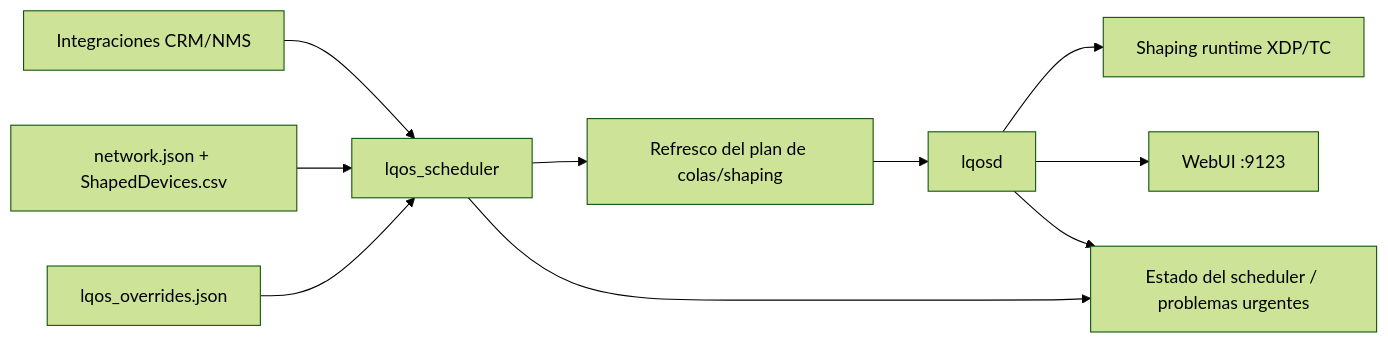
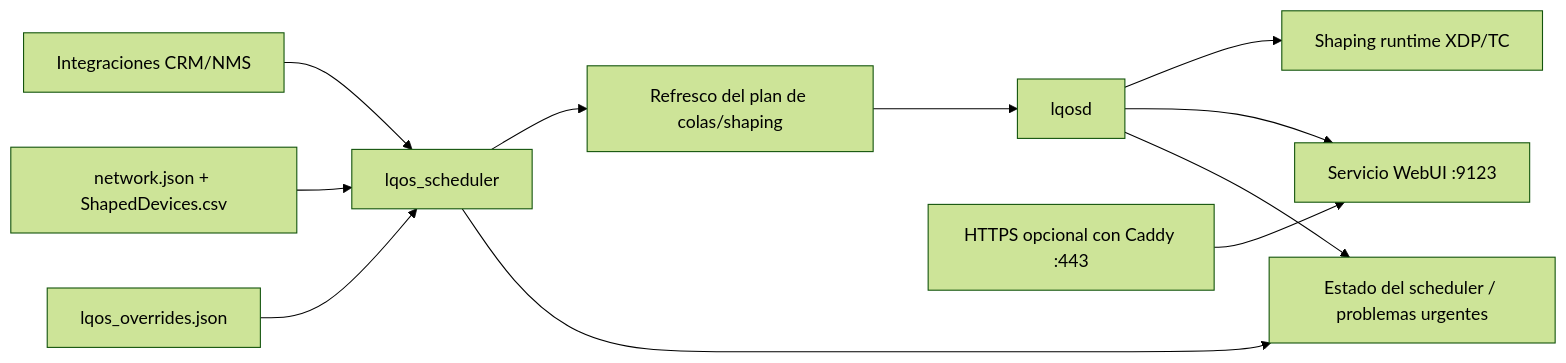
The diagram in docs-es/v2.0/components-es.md (LibreQoE/LibreQoS), drawn with Mermaid (forest theme) before and after one commit. The commit also changed other lines of this file and 41 other files, not shown here.

Commit message:
Add optional Caddy HTTPS setup

````diff
--- a/docs-es/v2.0/components-es.md
+++ b/docs-es/v2.0/components-es.md
@@ -5,12 +5,13 @@
 ```{mermaid}
 flowchart LR
     A[Integraciones CRM/NMS] --> B[lqos_scheduler]
     C[network.json + ShapedDevices.csv] --> B
     D[lqos_overrides.json] --> B
     B --> E[Refresco del plan de colas/shaping]
     E --> F[lqosd]
     F --> G[Shaping runtime XDP/TC]
-    F --> H[WebUI :9123]
+    F --> H[Servicio WebUI :9123]
+    J[HTTPS opcional con Caddy :443] --> H
     B --> I[Estado del scheduler / problemas urgentes]
     F --> I
 ```
````
